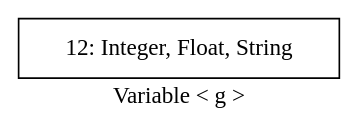
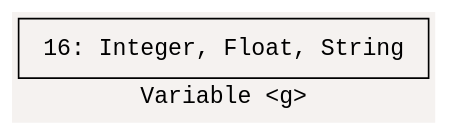
One commit to ZJxyo/PythonVarTypeAnalysisTool changed the diagram in output/flowchart/flowchart_foo(arg0,arg1,arg2)_g.gv. Above: the diagram before and after it, drawn with Graphviz. The commit also changed 95 other files, not shown here.

```diff
--- a/output/flowchart/flowchart_foo(arg0,arg1,arg2)_g.gv
+++ b/output/flowchart/flowchart_foo(arg0,arg1,arg2)_g.gv
@@ -1,5 +1,8 @@
 digraph {
-	label="Variable < g >"
+	label="Variable <g>"
+	bgcolor="#f5f2f0"
 	node [shape=box]
-	12 [label="12: Integer, Float, String"]
+	node [fontname="Consolas,Monaco,'Andale Mono','Ubuntu Mono',monospace"]
+	fontname="Consolas,Monaco,'Andale Mono','Ubuntu Mono',monospace"
+	16 [label=" 16: Integer, Float, String "]
 }
```
